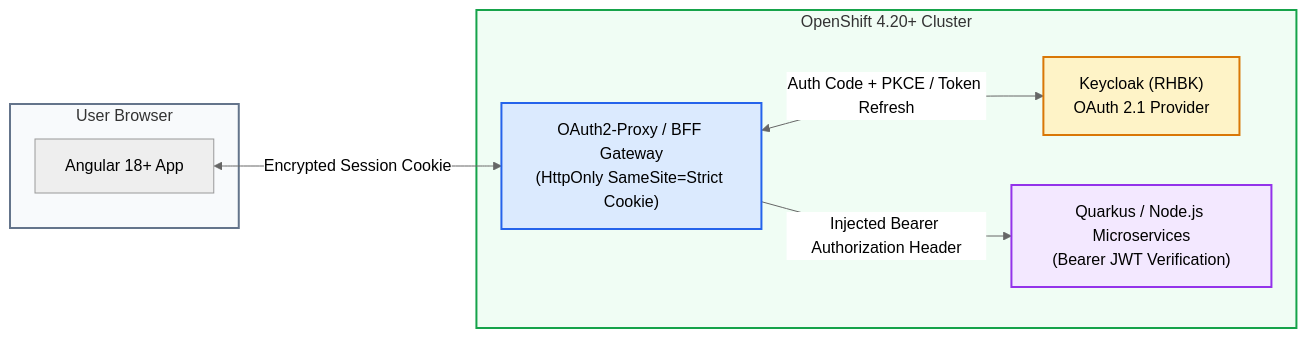
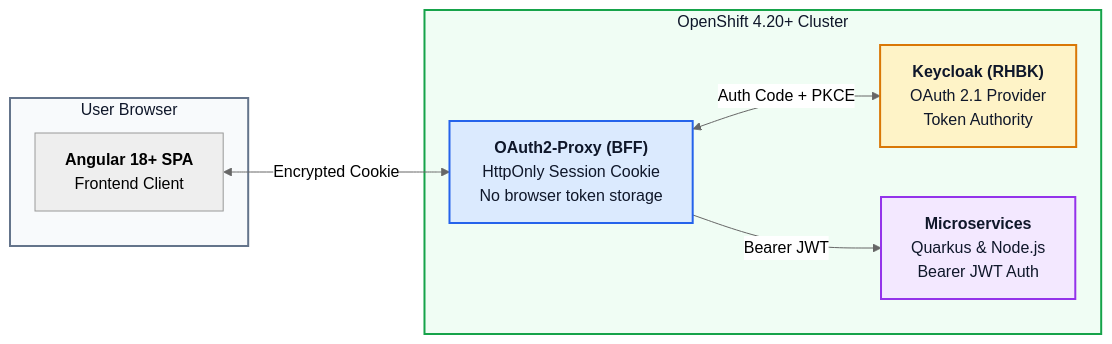
The diagram in apps/angular-spa/README.md (nubenetes/keycloak-openshift-2026), drawn with Mermaid (neutral theme) before and after one commit. The commit also changed 11 other files, not shown here.

Commit message:
fix(docs): optimize Mermaid architecture and sequence diagrams with text-wrapped node labels and improved layout

````diff
--- a/apps/angular-spa/README.md
+++ b/apps/angular-spa/README.md
@@ -9,22 +9,22 @@
 ```mermaid
 graph LR
     subgraph Browser["User Browser"]
-        SPA["Angular 18+ App"]
+        SPA["<b>Angular 18+ SPA</b><br/>Frontend Client"]
     end
 
     subgraph OpenShift["OpenShift 4.20+ Cluster"]
-        BFF["OAuth2-Proxy / BFF Gateway<br/>(HttpOnly SameSite=Strict Cookie)"]
-        KC["Keycloak (RHBK)<br/>OAuth 2.1 Provider"]
-        API["Quarkus / Node.js Microservices<br/>(Bearer JWT Verification)"]
+        BFF["<b>OAuth2-Proxy (BFF)</b><br/>HttpOnly Session Cookie<br/>No browser token storage"]
+        KC["<b>Keycloak (RHBK)</b><br/>OAuth 2.1 Provider<br/>Token Authority"]
+        API["<b>Microservices</b><br/>Quarkus & Node.js<br/>Bearer JWT Auth"]
     end
 
-    SPA <-->|"Encrypted Session Cookie"| BFF
-    BFF <-->|"Auth Code + PKCE / Token Refresh"| KC
-    BFF -->|"Injected Bearer Authorization Header"| API
+    SPA <-->|"Encrypted Cookie"| BFF
+    BFF <-->|"Auth Code + PKCE"| KC
+    BFF -->|"Bearer JWT"| API
 
-    style Browser fill:#f8fafc,stroke:#64748b,stroke-width:2px;
-    style OpenShift fill:#f0fdf4,stroke:#16a34a,stroke-width:2px;
-    style BFF fill:#dbeafe,stroke:#2563eb,stroke-width:2px;
-    style KC fill:#fef3c7,stroke:#d97706,stroke-width:2px;
-    style API fill:#f3e8ff,stroke:#9333ea,stroke-width:2px;
+    style Browser fill:#f8fafc,stroke:#64748b,stroke-width:2px,color:#0f172a;
+    style OpenShift fill:#f0fdf4,stroke:#16a34a,stroke-width:2px,color:#0f172a;
+    style BFF fill:#dbeafe,stroke:#2563eb,stroke-width:2px,color:#0f172a;
+    style KC fill:#fef3c7,stroke:#d97706,stroke-width:2px,color:#0f172a;
+    style API fill:#f3e8ff,stroke:#9333ea,stroke-width:2px,color:#0f172a;
 ```
````
